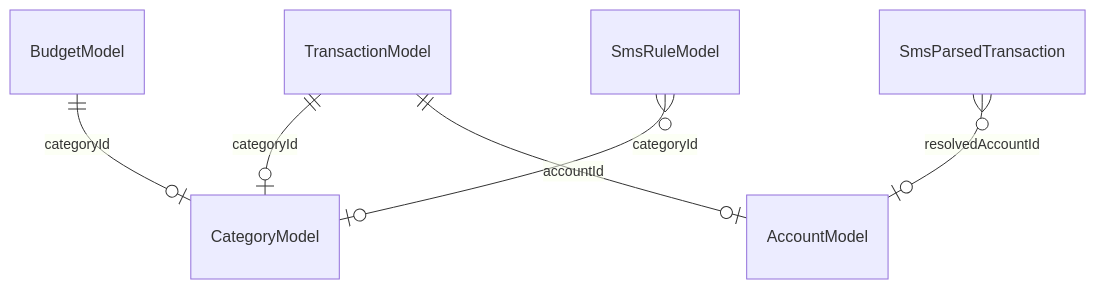
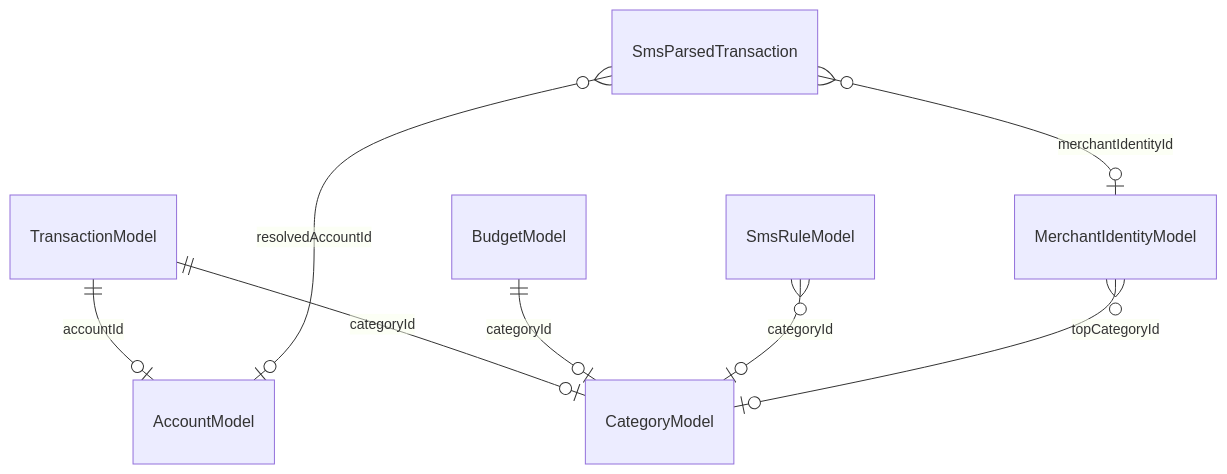
Before and after one commit to aorohith/money_manager: the first of 2 diagrams in dev/docs/architecture/data-model.md, drawn with Mermaid. The commit also changed other lines of this file and 26 other files, not shown here.

First line of the commit message:
feat: Enhance SMS merchant extraction and categorization

````diff
--- a/dev/docs/architecture/data-model.md
+++ b/dev/docs/architecture/data-model.md
@@ -29,8 +30,10 @@
 ```mermaid
 erDiagram
   TransactionModel ||--o| CategoryModel : categoryId
   TransactionModel ||--o| AccountModel : accountId
   BudgetModel ||--o| CategoryModel : categoryId
   SmsParsedTransaction }o--o| AccountModel : resolvedAccountId
+  SmsParsedTransaction }o--o| MerchantIdentityModel : merchantIdentityId
   SmsRuleModel }o--o| CategoryModel : categoryId
+  MerchantIdentityModel }o--o| CategoryModel : topCategoryId
 ```
````
